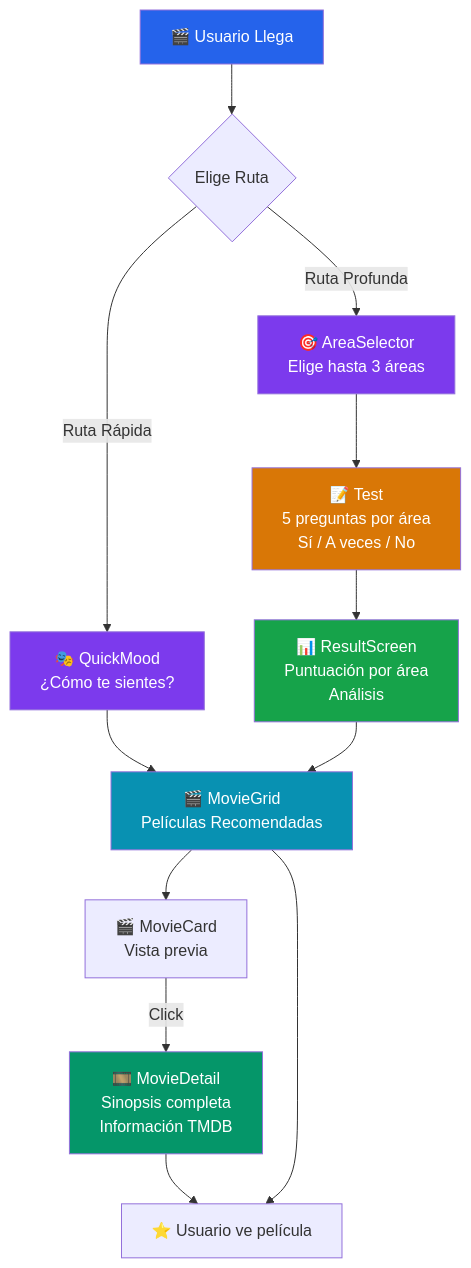
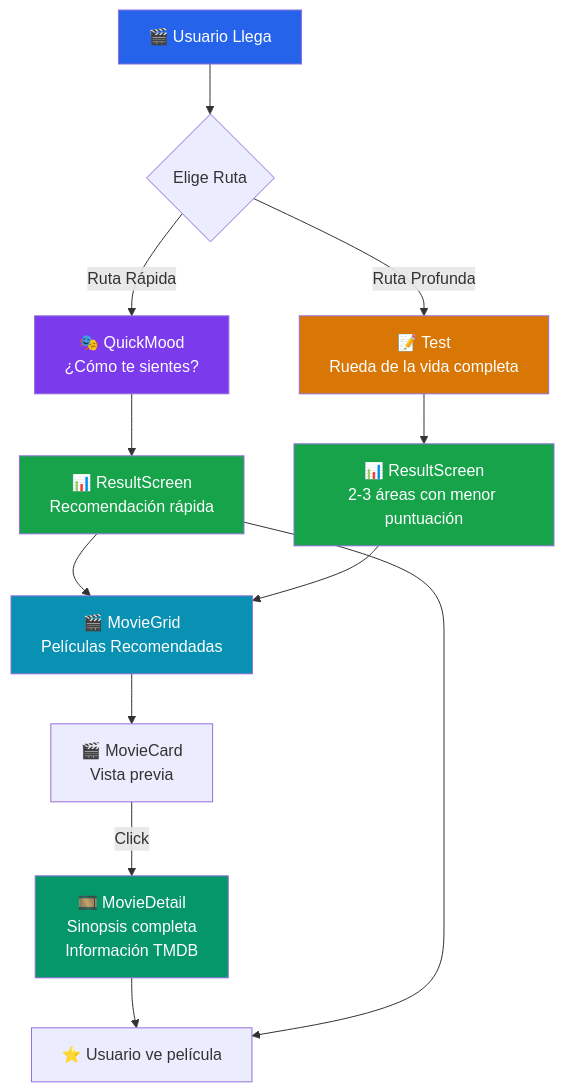
The diagram in DOCS/arquitectura.md (sierraymadrid/mindcinema), drawn with Mermaid before and after one commit. The commit also changed other lines of this file and 3 other files, not shown here.

Commit message:
docs(model): align docs with final life areas and test flow

````diff
--- a/DOCS/arquitectura.md
+++ b/DOCS/arquitectura.md
@@ -23,27 +23,27 @@
 ```mermaid
 graph TD
     A["🎬 Usuario Llega"] --> B{Elige Ruta}
     
     B -->|"Ruta Rápida"| C["🎭 QuickMood<br/>¿Cómo te sientes?"]
-    B -->|"Ruta Profunda"| D["🎯 AreaSelector<br/>Elige hasta 3 áreas"]
+    B -->|"Ruta Profunda"| D["📝 Test<br/>Rueda de la vida completa"]
     
-    C --> E["🎬 MovieGrid<br/>Películas Recomendadas"]
+    C --> E["📊 ResultScreen<br/>Recomendación rápida"]
     
-    D --> F["📝 Test<br/>5 preguntas por área<br/>Sí / A veces / No"]
-    F --> G["📊 ResultScreen<br/>Puntuación por área<br/>Análisis"]
-    G --> E
+    D --> F["📊 ResultScreen<br/>2-3 áreas con menor puntuación"]
+    E --> G["🎬 MovieGrid<br/>Películas Recomendadas"]
+    F --> G
     
-    E --> H["🎬 MovieCard<br/>Vista previa"]
+    G --> H["🎬 MovieCard<br/>Vista previa"]
     H -->|Click| I["🎞️ MovieDetail<br/>Sinopsis completa<br/>Información TMDB"]
     
     I --> J["⭐ Usuario ve película"]
     E --> J
     
     style A fill:#2563eb,color:#fff
     style C fill:#7c3aed,color:#fff
-    style D fill:#7c3aed,color:#fff
-    style F fill:#d97706,color:#fff
-    style G fill:#16a34a,color:#fff
-    style E fill:#0891b2,color:#fff
+    style D fill:#d97706,color:#fff
+    style F fill:#16a34a,color:#fff
+    style E fill:#16a34a,color:#fff
+    style G fill:#0891b2,color:#fff
     style I fill:#059669,color:#fff
 ```
````
